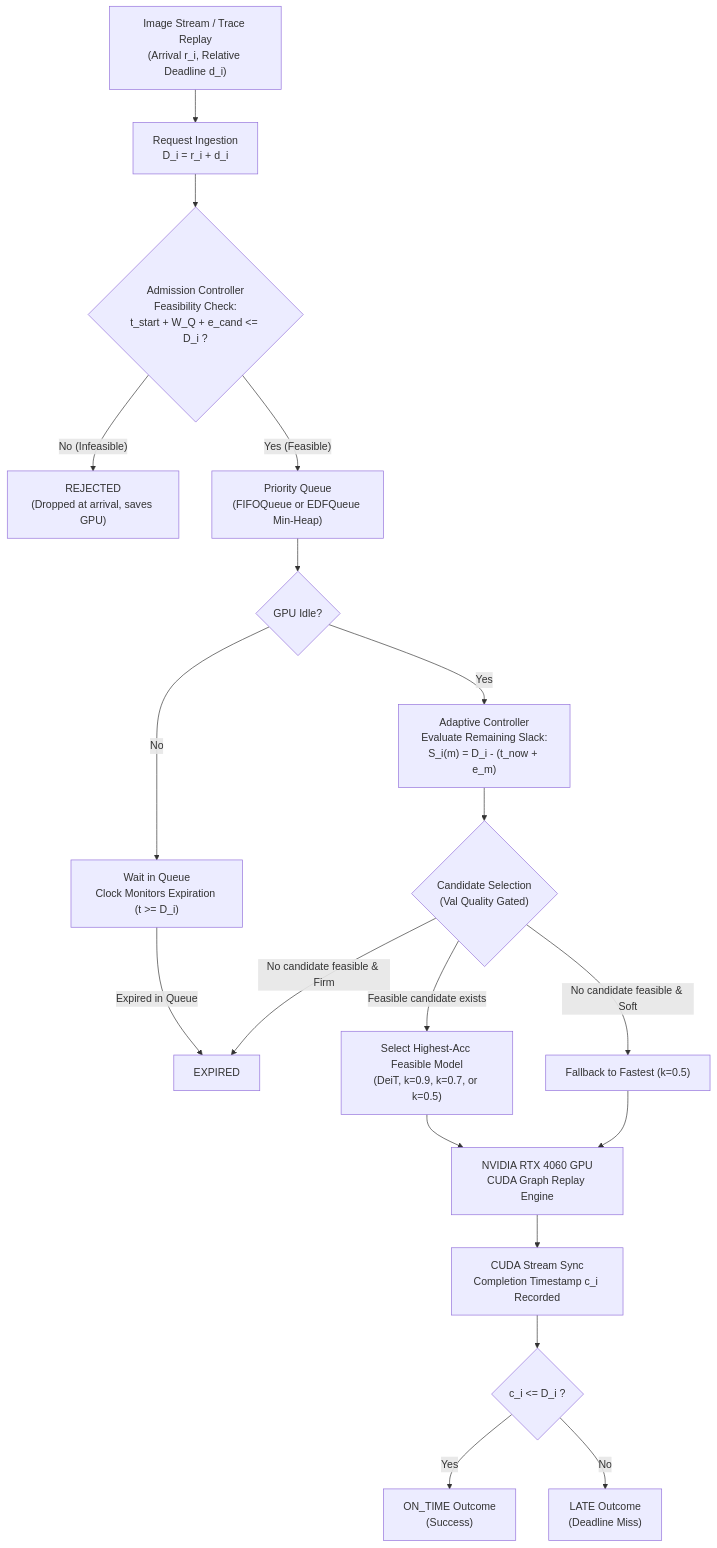
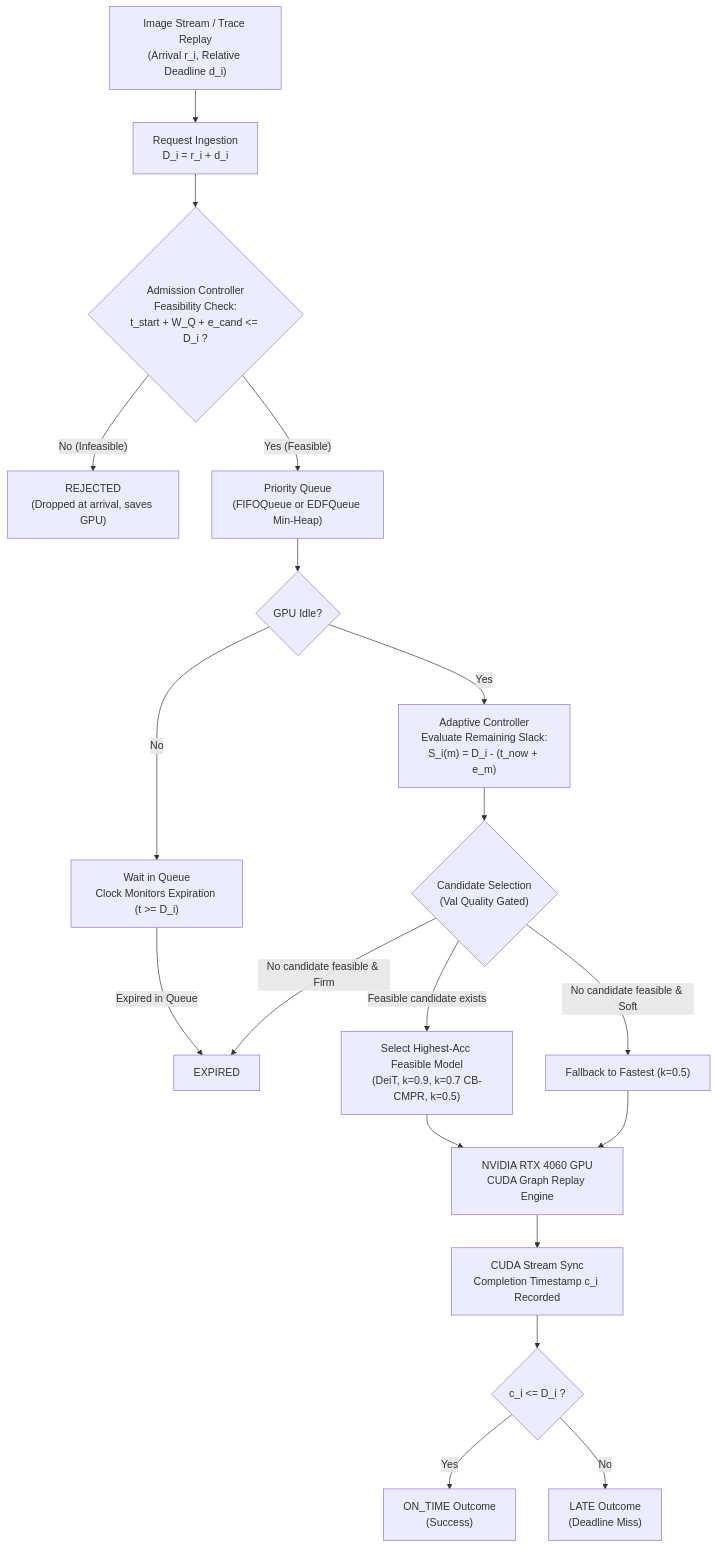
The diagram in README.md (Piyu-cyber/RTS_PROJECT), drawn with Mermaid before and after one commit. The commit also changed other lines of this file and 6 other files, not shown here.

````diff
--- a/README.md
+++ b/README.md
@@ -39,27 +40,27 @@
 ```mermaid
 flowchart TD
     A["Image Stream / Trace Replay\n(Arrival r_i, Relative Deadline d_i)"] --> B["Request Ingestion\nD_i = r_i + d_i"]
     B --> C{"Admission Controller\nFeasibility Check:\nt_start + W_Q + e_cand <= D_i ?"}
     
     C -- "No (Infeasible)" --> D["REJECTED\n(Dropped at arrival, saves GPU)"]
     C -- "Yes (Feasible)" --> E["Priority Queue\n(FIFOQueue or EDFQueue Min-Heap)"]
     
     E --> F{"GPU Idle?"}
     F -- "No" --> G["Wait in Queue\nClock Monitors Expiration (t >= D_i)"]
     G -- "Expired in Queue" --> H["EXPIRED"]
     
     F -- "Yes" --> I["Adaptive Controller\nEvaluate Remaining Slack:\nS_i(m) = D_i - (t_now + e_m)"]
     
     I --> J{"Candidate Selection\n(Val Quality Gated)"}
-    J -- "Feasible candidate exists" --> K["Select Highest-Acc Feasible Model\n(DeiT, k=0.9, k=0.7, or k=0.5)"]
+    J -- "Feasible candidate exists" --> K["Select Highest-Acc Feasible Model\n(DeiT, k=0.9, k=0.7 CB-CMPR, k=0.5)"]
     J -- "No candidate feasible & Firm" --> H
     J -- "No candidate feasible & Soft" --> L["Fallback to Fastest (k=0.5)"]
     
     K --> M["NVIDIA RTX 4060 GPU\nCUDA Graph Replay Engine"]
     L --> M
     
     M --> N["CUDA Stream Sync\nCompletion Timestamp c_i Recorded"]
     N --> O{"c_i <= D_i ?"}
     O -- "Yes" --> P["ON_TIME Outcome\n(Success)"]
     O -- "No" --> Q["LATE Outcome\n(Deadline Miss)"]
 ```
````
